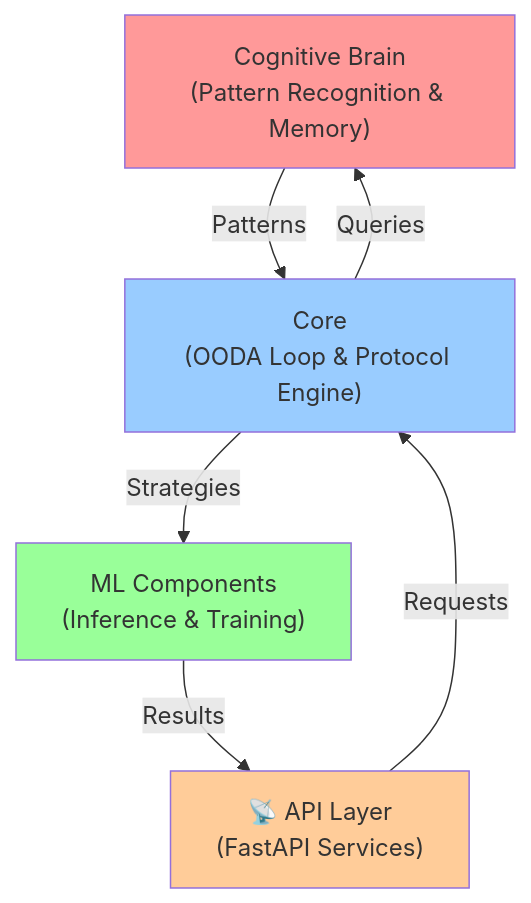
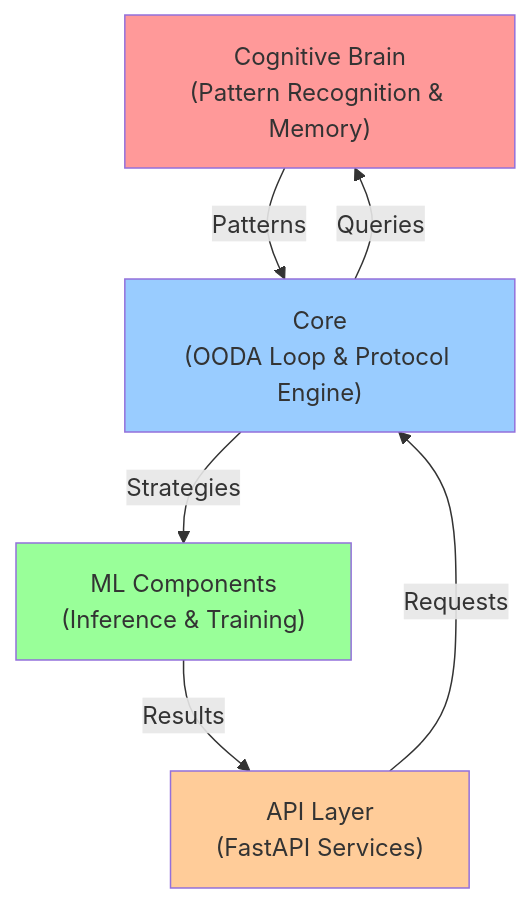
Before and after one commit to Aries-Serpent/_codex_: the first of 4 diagrams in docs/ARCHITECTURE.md, drawn with Mermaid. The commit also changed other lines of this file and 665 other files, not shown here.

````diff
--- a/docs/ARCHITECTURE.md
+++ b/docs/ARCHITECTURE.md
@@ -13,19 +13,19 @@
 ```mermaid
 graph TB
-    CB[" Cognitive Brain<br/>(Pattern Recognition & Memory)"]
-    CORE[" Core<br/>(OODA Loop & Protocol Engine)"]
-    ML[" ML Components<br/>(Inference & Training)"]
-    API["📡 API Layer<br/>(FastAPI Services)"]
-    
-    CB -->|Patterns| CORE
-    CORE -->|Strategies| ML
-    ML -->|Results| API
-    
-    API -->|Requests| CORE
-    CORE -->|Queries| CB
-    
-    style CB fill:#ff9999
-    style CORE fill:#99ccff
-    style ML fill:#99ff99
-    style API fill:#ffcc99
+ CB[" Cognitive Brain<br/>(Pattern Recognition & Memory)"]
+ CORE[" Core<br/>(OODA Loop & Protocol Engine)"]
+ ML[" ML Components<br/>(Inference & Training)"]
+ API[" API Layer<br/>(FastAPI Services)"]
+ 
+ CB -->|Patterns| CORE
+ CORE -->|Strategies| ML
+ ML -->|Results| API
+ 
+ API -->|Requests| CORE
+ CORE -->|Queries| CB
+ 
+ style CB fill:#ff9999
+ style CORE fill:#99ccff
+ style ML fill:#99ff99
+ style API fill:#ffcc99
 ```
````
